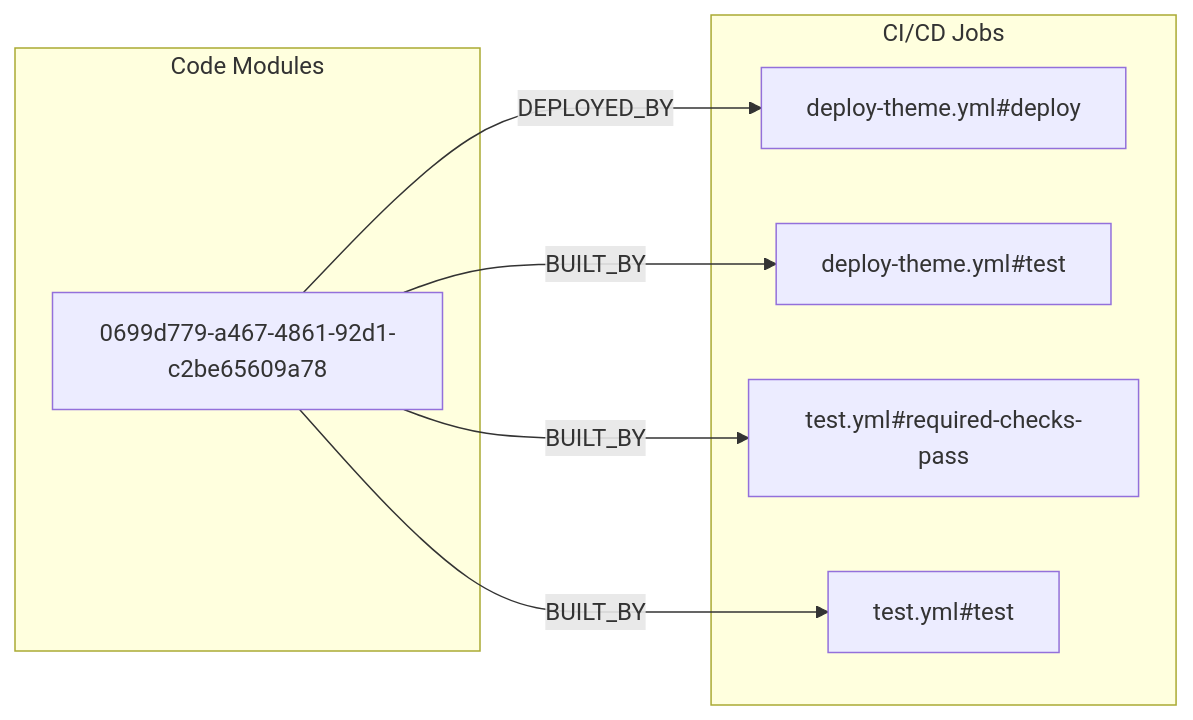
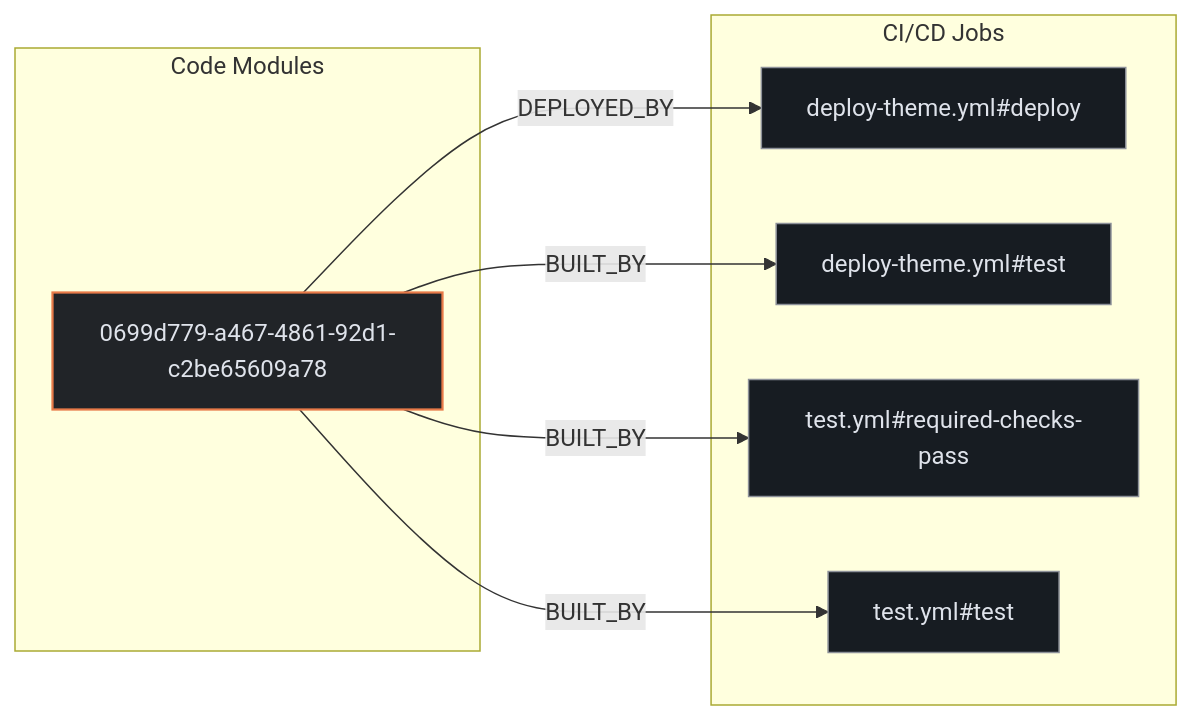
The second of 3 diagrams in exports/latest/reports/TryGhost-Starter-report.md (kumarshaz/atruss-code-atlas), drawn with Mermaid before and after one commit. The commit also changed other lines of this file and 331 other files, not shown here.

Commit message:
docs,ui,fix: update SDLC docs, reorder CI/CD DAG first, stylize Mermaid, and fix Arc42 pipeline topology

````diff
--- a/exports/latest/reports/TryGhost-Starter-report.md
+++ b/exports/latest/reports/TryGhost-Starter-report.md
@@ -90,16 +97,20 @@
 ```mermaid
 flowchart LR
+    classDef atlasCategory fill:#212428,stroke:#E87A48,stroke-width:1.5px,color:#dfe3eb
+    classDef atlasWorkflow fill:#1b2026,stroke:#a3c9ff,stroke-width:1.5px,color:#dfe3eb
+    classDef atlasJob fill:#171c22,stroke:#8d9199,stroke-width:1px,color:#dfe3eb
+    classDef atlasTarget fill:#005227,stroke:#8bd99b,stroke-width:1.5px,color:#a7f6b6
     subgraph code_modules["Code Modules"]
-        mod_0699d779_a467_4861_92d1_c2be65609a78["0699d779-a467-4861-92d1-c2be65609a78"]
+        mod_0699d779_a467_4861_92d1_c2be65609a78["0699d779-a467-4861-92d1-c2be65609a78"]:::atlasCategory
     end
     subgraph ci_jobs["CI/CD Jobs"]
-        job_deploy_theme_yml_deploy["deploy-theme.yml#deploy"]
-        job_deploy_theme_yml_test["deploy-theme.yml#test"]
-        job_test_yml_required_checks_pass["test.yml#required-checks-pass"]
-        job_test_yml_test["test.yml#test"]
+        job_deploy_theme_yml_deploy["deploy-theme.yml#deploy"]:::atlasJob
+        job_deploy_theme_yml_test["deploy-theme.yml#test"]:::atlasJob
+        job_test_yml_required_checks_pass["test.yml#required-checks-pass"]:::atlasJob
+        job_test_yml_test["test.yml#test"]:::atlasJob
     end
     mod_0699d779_a467_4861_92d1_c2be65609a78 -->|BUILT_BY| job_deploy_theme_yml_test
     mod_0699d779_a467_4861_92d1_c2be65609a78 -->|BUILT_BY| job_test_yml_required_checks_pass
     mod_0699d779_a467_4861_92d1_c2be65609a78 -->|BUILT_BY| job_test_yml_test
     mod_0699d779_a467_4861_92d1_c2be65609a78 -->|DEPLOYED_BY| job_deploy_theme_yml_deploy
 ```
````
